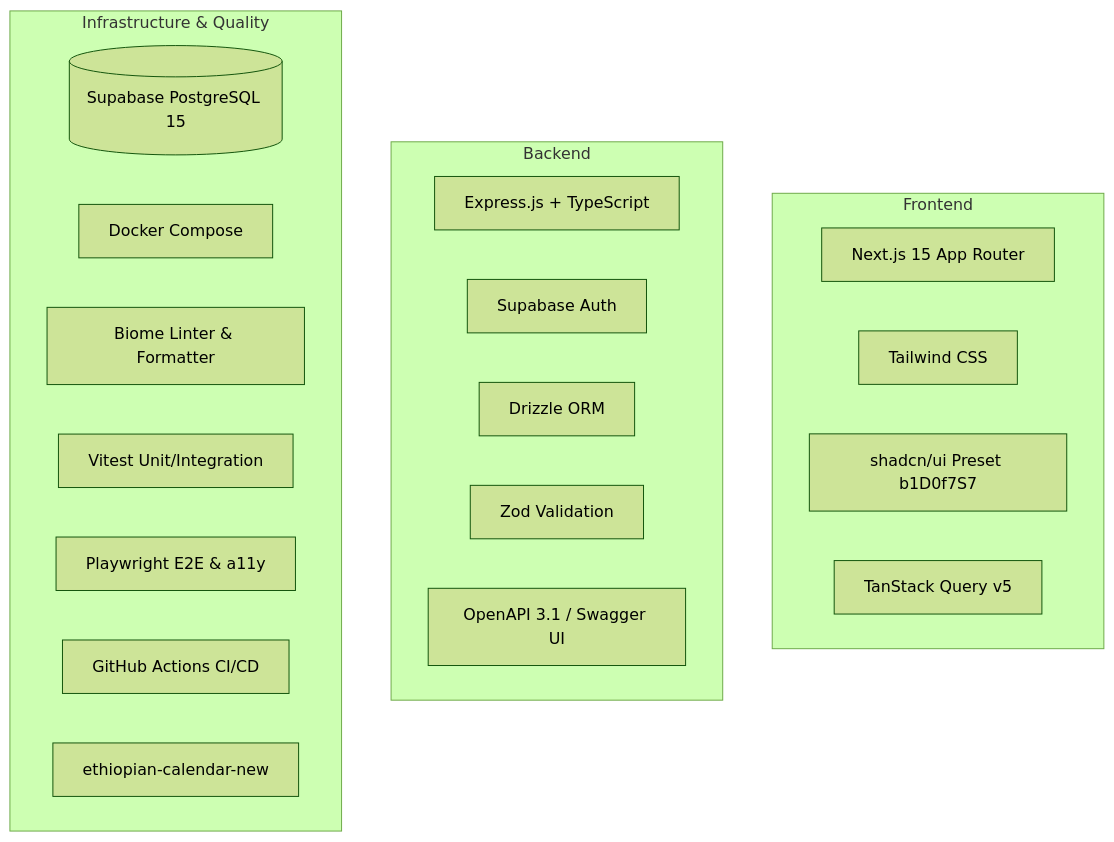
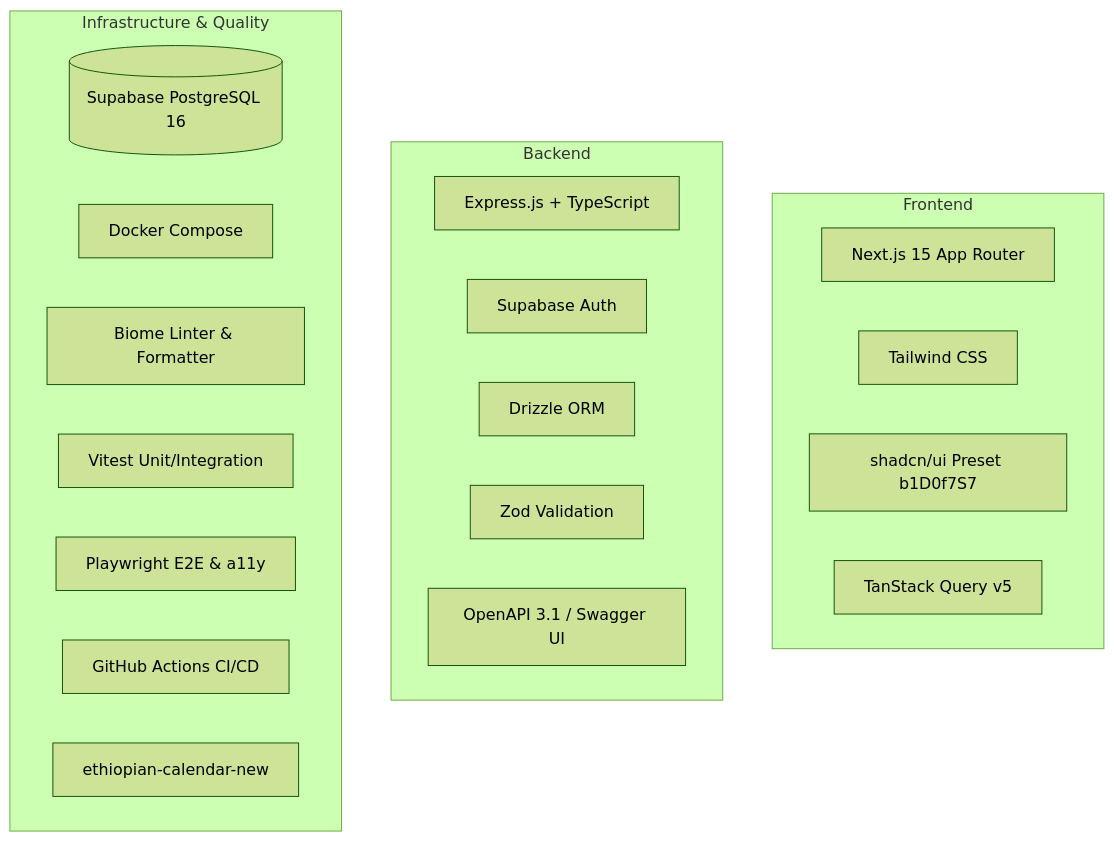
One commit to Hitsanat-Kfl/hitsanat changed the diagram in docs/README.md. Above: the diagram before and after it, drawn with Mermaid (forest theme). The commit also changed other lines of this file and 59 other files, not shown here.

````diff
--- a/docs/README.md
+++ b/docs/README.md
@@ -161,27 +161,27 @@
 ```mermaid
 graph TD
     subgraph Frontend
         Next[Next.js 15 App Router]
         Tailwind[Tailwind CSS]
         Shadcn[shadcn/ui Preset b1D0f7S7]
         TanStack[TanStack Query v5]
     end
 
     subgraph Backend
         Express[Express.js + TypeScript]
         SupabaseAuth[Supabase Auth]
         Drizzle[Drizzle ORM]
         Zod[Zod Validation]
         Swagger[OpenAPI 3.1 / Swagger UI]
     end
 
     subgraph Infrastructure & Quality
-        Supabase[(Supabase PostgreSQL 15)]
+        Supabase[(Supabase PostgreSQL 16)]
         Docker[Docker Compose]
         Biome[Biome Linter & Formatter]
         Vitest[Vitest Unit/Integration]
         Playwright[Playwright E2E & a11y]
         GitHubActions[GitHub Actions CI/CD]
         EthCalendar[ethiopian-calendar-new]
     end
 ```
````
